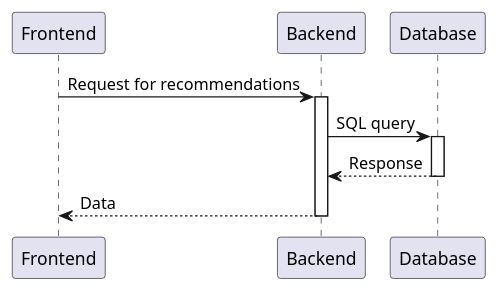
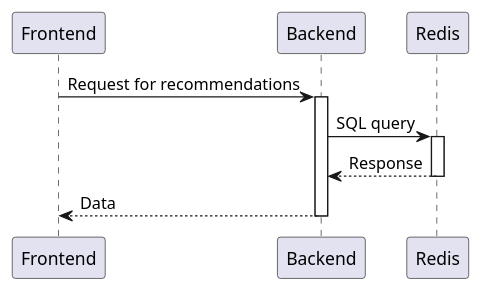
Before and after one commit to kambed/FoodzillaArchitecture: the sixth of 6 diagrams in SequenceDiagrams.md, drawn with PlantUML. The commit also changed other lines of this file, not shown here.

Commit message:
Update sequence diagrams

````diff
--- a/SequenceDiagrams.md
+++ b/SequenceDiagrams.md
@@ -112,14 +148,14 @@
 ```plantuml
 @startuml
 participant Frontend as fe
 participant Backend as be
-participant Database as db
+participant Redis as redis
 
 fe -> be: Request for recommendations
 activate be
-be -> db: SQL query
-activate db
+be -> redis: SQL query
+activate redis
 return Response
 return Data
 @enduml
 ```
````
